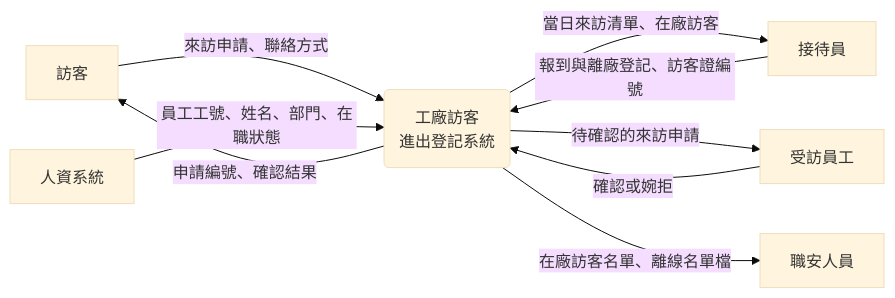
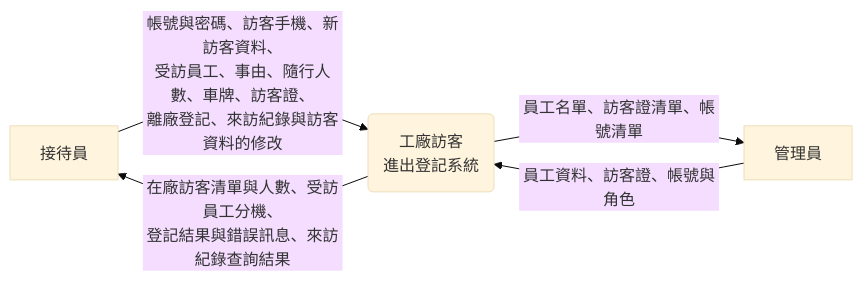
Before and after one commit to billy1125/system-analysis-and-design: the first of 2 diagrams in 01-Course-Materials/05-Functional-Analysis.md, drawn with Mermaid (base theme). The commit also changed other lines of this file and 120 other files, not shown here.

````diff
--- a/01-Course-Materials/05-Functional-Analysis.md
+++ b/01-Course-Materials/05-Functional-Analysis.md
@@ -131,19 +133,12 @@
 ```mermaid
 flowchart LR
-    V[訪客]
     RC[接待員]
-    EM[受訪員工]
-    SF[職安人員]
-    HR[人資系統]
+    AD[管理員]
 
     SYS(工廠訪客<br/>進出登記系統)
 
-    V -->|來訪申請、聯絡方式| SYS
-    SYS -->|申請編號、確認結果| V
-    RC -->|報到與離廠登記、訪客證編號| SYS
-    SYS -->|當日來訪清單、在廠訪客| RC
-    EM -->|確認或婉拒| SYS
-    SYS -->|待確認的來訪申請| EM
-    SYS -->|在廠訪客名單、離線名單檔| SF
-    HR -->|員工工號、姓名、部門、在職狀態| SYS
+    RC -->|帳號與密碼、訪客手機、新訪客資料、<br/>受訪員工、事由、隨行人數、車牌、訪客證、<br/>離廠登記、來訪紀錄與訪客資料的修改| SYS
+    SYS -->|在廠訪客清單與人數、受訪員工分機、<br/>登記結果與錯誤訊息、來訪紀錄查詢結果| RC
+    AD -->|員工資料、訪客證、帳號與角色| SYS
+    SYS -->|員工名單、訪客證清單、帳號清單| AD
 ```
````
